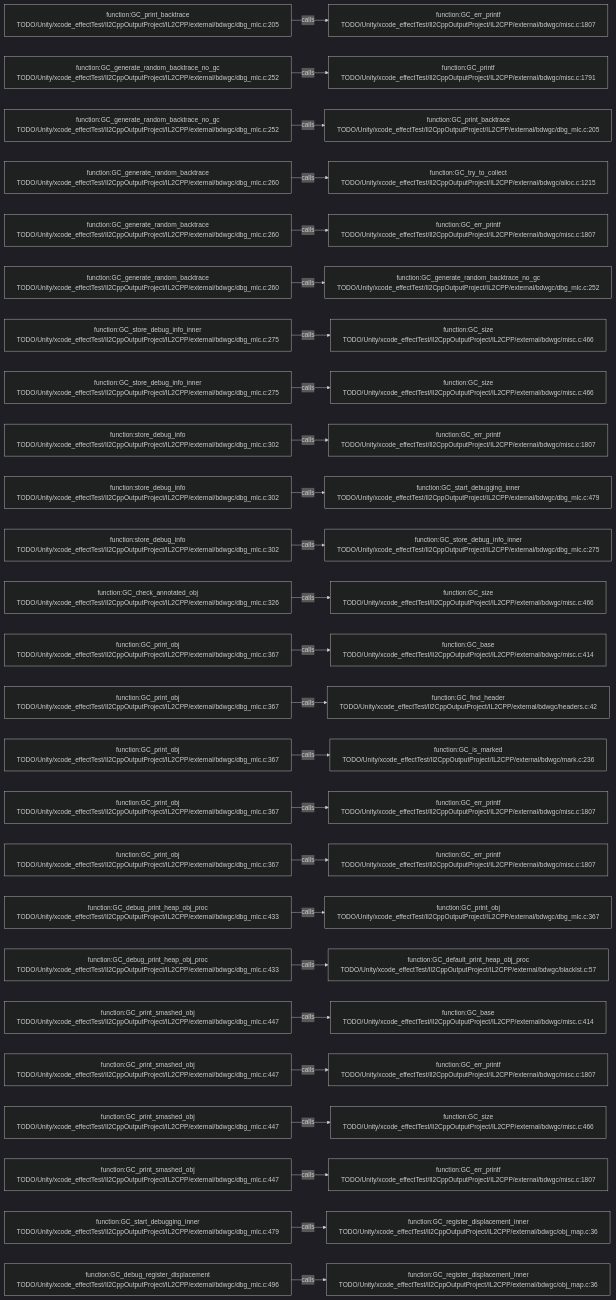
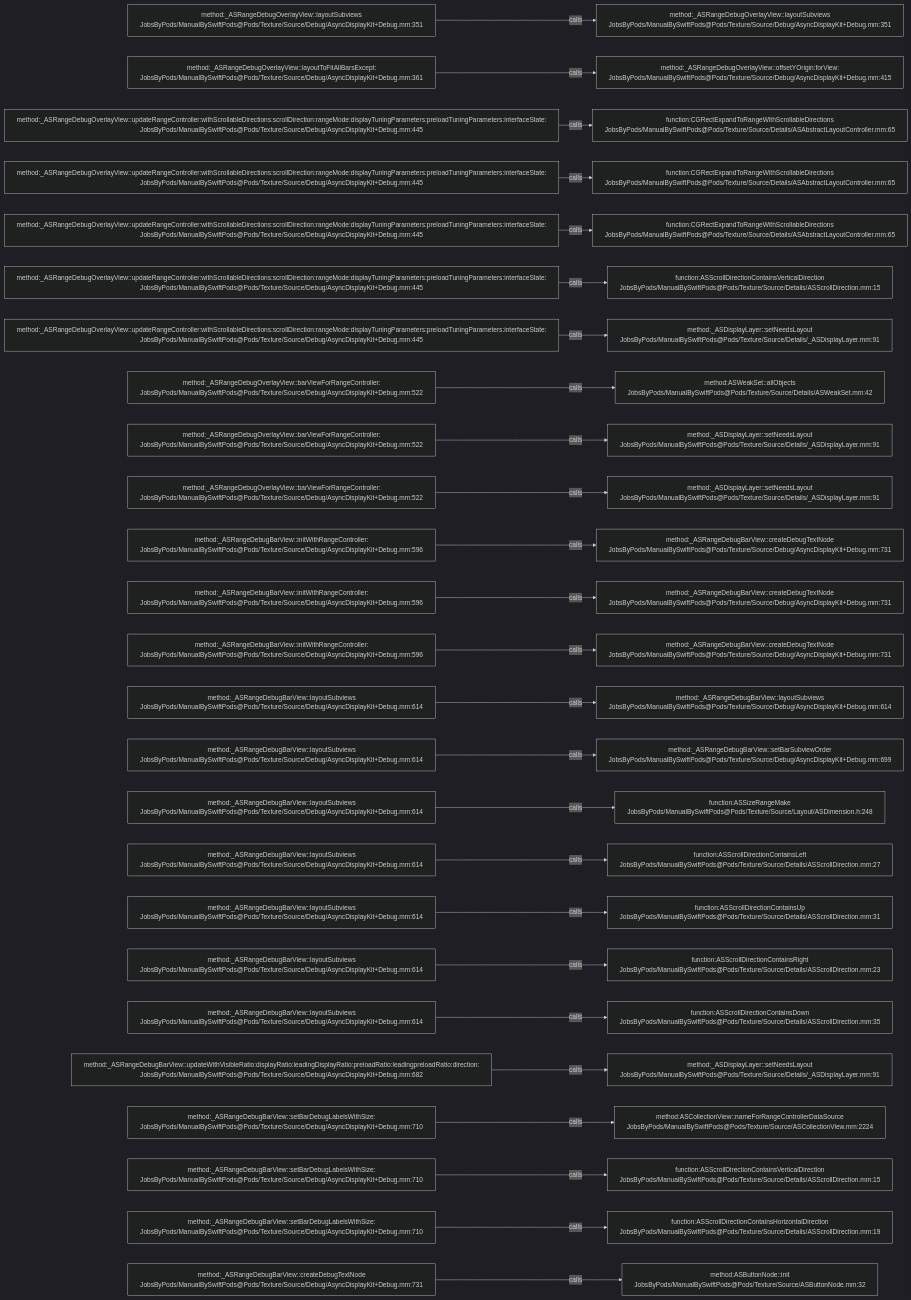
One commit to JobsKits/JobsSwiftBaseConfigDemo changed the diagram in .codegraph/codegraph.md/graphs/calls-099.md. Above: the diagram before and after it, drawn with Mermaid (dark theme). The commit also changed 2959 other files, not shown here.

````diff
--- a/.codegraph/codegraph.md/graphs/calls-099.md
+++ b/.codegraph/codegraph.md/graphs/calls-099.md
@@ -13,78 +13,78 @@
 ```mermaid
 flowchart LR
-  S1["function:GC_print_backtrace<br/>TODO/Unity/xcode_effectTest/Il2CppOutputProject/IL2CPP/external/bdwgc/dbg_mlc.c:205"]
-  T1["function:GC_err_printf<br/>TODO/Unity/xcode_effectTest/Il2CppOutputProject/IL2CPP/external/bdwgc/misc.c:1807"]
+  S1["method:_ASRangeDebugOverlayView::layoutSubviews<br/>JobsByPods/ManualBySwiftPods@Pods/Texture/Source/Debug/AsyncDisplayKit+Debug.mm:351"]
+  T1["method:_ASRangeDebugOverlayView::layoutSubviews<br/>JobsByPods/ManualBySwiftPods@Pods/Texture/Source/Debug/AsyncDisplayKit+Debug.mm:351"]
   S1 -->|calls| T1
-  S2["function:GC_generate_random_backtrace_no_gc<br/>TODO/Unity/xcode_effectTest/Il2CppOutputProject/IL2CPP/external/bdwgc/dbg_mlc.c:252"]
-  T2["function:GC_printf<br/>TODO/Unity/xcode_effectTest/Il2CppOutputProject/IL2CPP/external/bdwgc/misc.c:1791"]
+  S2["method:_ASRangeDebugOverlayView::layoutToFitAllBarsExcept:<br/>JobsByPods/ManualBySwiftPods@Pods/Texture/Source/Debug/AsyncDisplayKit+Debug.mm:361"]
+  T2["method:_ASRangeDebugOverlayView::offsetYOrigin:forView:<br/>JobsByPods/ManualBySwiftPods@Pods/Texture/Source/Debug/AsyncDisplayKit+Debug.mm:415"]
   S2 -->|calls| T2
-  S3["function:GC_generate_random_backtrace_no_gc<br/>TODO/Unity/xcode_effectTest/Il2CppOutputProject/IL2CPP/external/bdwgc/dbg_mlc.c:252"]
-  T3["function:GC_print_backtrace<br/>TODO/Unity/xcode_effectTest/Il2CppOutputProject/IL2CPP/external/bdwgc/dbg_mlc.c:205"]
+  S3["method:_ASRangeDebugOverlayView::updateRangeController:withScrollableDirections:scrollDirection:rangeMode:displayTuningParameters:preloadTuningParameters:interfaceState:<br/>JobsByPods/ManualBySwiftPods@Pods/Texture/Source/Debug/AsyncDisplayKit+Debug.mm:445"]
+  T3["function:CGRectExpandToRangeWithScrollableDirections<br/>JobsByPods/ManualBySwiftPods@Pods/Texture/Source/Details/ASAbstractLayoutController.mm:65"]
   S3 -->|calls| T3
-  S4["function:GC_generate_random_backtrace<br/>TODO/Unity/xcode_effectTest/Il2CppOutputProject/IL2CPP/external/bdwgc/dbg_mlc.c:260"]
-  T4["function:GC_try_to_collect<br/>TODO/Unity/xcode_effectTest/Il2CppOutputProject/IL2CPP/external/bdwgc/alloc.c:1215"]
+  S4["method:_ASRangeDebugOverlayView::updateRangeController:withScrollableDirections:scrollDirection:rangeMode:displayTuningParameters:preloadTuningParameters:interfaceState:<br/>JobsByPods/ManualBySwiftPods@Pods/Texture/Source/Debug/AsyncDisplayKit+Debug.mm:445"]
+  T4["function:CGRectExpandToRangeWithScrollableDirections<br/>JobsByPods/ManualBySwiftPods@Pods/Texture/Source/Details/ASAbstractLayoutController.mm:65"]
   S4 -->|calls| T4
-  S5["function:GC_generate_random_backtrace<br/>TODO/Unity/xcode_effectTest/Il2CppOutputProject/IL2CPP/external/bdwgc/dbg_mlc.c:260"]
-  T5["function:GC_err_printf<br/>TODO/Unity/xcode_effectTest/Il2CppOutputProject/IL2CPP/external/bdwgc/misc.c:1807"]
+  S5["method:_ASRangeDebugOverlayView::updateRangeController:withScrollableDirections:scrollDirection:rangeMode:displayTuningParameters:preloadTuningParameters:interfaceState:<br/>JobsByPods/ManualBySwiftPods@Pods/Texture/Source/Debug/AsyncDisplayKit+Debug.mm:445"]
+  T5["function:CGRectExpandToRangeWithScrollableDirections<br/>JobsByPods/ManualBySwiftPods@Pods/Texture/Source/Details/ASAbstractLayoutController.mm:65"]
   S5 -->|calls| T5
-  S6["function:GC_generate_random_backtrace<br/>TODO/Unity/xcode_effectTest/Il2CppOutputProject/IL2CPP/external/bdwgc/dbg_mlc.c:260"]
-  T6["function:GC_generate_random_backtrace_no_gc<br/>TODO/Unity/xcode_effectTest/Il2CppOutputProject/IL2CPP/external/bdwgc/dbg_mlc.c:252"]
+  S6["method:_ASRangeDebugOverlayView::updateRangeController:withScrollableDirections:scrollDirection:rangeMode:displayTuningParameters:preloadTuningParameters:interfaceState:<br/>JobsByPods/ManualBySwiftPods@Pods/Texture/Source/Debug/AsyncDisplayKit+Debug.mm:445"]
+  T6["function:ASScrollDirectionContainsVerticalDirection<br/>JobsByPods/ManualBySwiftPods@Pods/Texture/Source/Details/ASScrollDirection.mm:15"]
   S6 -->|calls| T6
-  S7["function:GC_store_debug_info_inner<br/>TODO/Unity/xcode_effectTest/Il2CppOutputProject/IL2CPP/external/bdwgc/dbg_mlc.c:275"]
-  T7["function:GC_size<br/>TODO/Unity/xcode_effectTest/Il2CppOutputProject/IL2CPP/external/bdwgc/misc.c:466"]
+  S7["method:_ASRangeDebugOverlayView::updateRangeController:withScrollableDirections:scrollDirection:rangeMode:displayTuningParameters:preloadTuningParameters:interfaceState:<br/>JobsByPods/ManualBySwiftPods@Pods/Texture/Source/Debug/AsyncDisplayKit+Debug.mm:445"]
+  T7["method:_ASDisplayLayer::setNeedsLayout<br/>JobsByPods/ManualBySwiftPods@Pods/Texture/Source/Details/_ASDisplayLayer.mm:91"]
   S7 -->|calls| T7
-  S8["function:GC_store_debug_info_inner<br/>TODO/Unity/xcode_effectTest/Il2CppOutputProject/IL2CPP/external/bdwgc/dbg_mlc.c:275"]
-  T8["function:GC_size<br/>TODO/Unity/xcode_effectTest/Il2CppOutputProject/IL2CPP/external/bdwgc/misc.c:466"]
+  S8["method:_ASRangeDebugOverlayView::barViewForRangeController:<br/>JobsByPods/ManualBySwiftPods@Pods/Texture/Source/Debug/AsyncDisplayKit+Debug.mm:522"]
+  T8["method:ASWeakSet::allObjects<br/>JobsByPods/ManualBySwiftPods@Pods/Texture/Source/Details/ASWeakSet.mm:42"]
   S8 -->|calls| T8
-  S9["function:store_debug_info<br/>TODO/Unity/xcode_effectTest/Il2CppOutputProject/IL2CPP/external/bdwgc/dbg_mlc.c:302"]
-  T9["function:GC_err_printf<br/>TODO/Unity/xcode_effectTest/Il2CppOutputProject/IL2CPP/external/bdwgc/misc.c:1807"]
+  S9["method:_ASRangeDebugOverlayView::barViewForRangeController:<br/>JobsByPods/ManualBySwiftPods@Pods/Texture/Source/Debug/AsyncDisplayKit+Debug.mm:522"]
+  T9["method:_ASDisplayLayer::setNeedsLayout<br/>JobsByPods/ManualBySwiftPods@Pods/Texture/Source/Details/_ASDisplayLayer.mm:91"]
   S9 -->|calls| T9
-  S10["function:store_debug_info<br/>TODO/Unity/xcode_effectTest/Il2CppOutputProject/IL2CPP/external/bdwgc/dbg_mlc.c:302"]
-  T10["function:GC_start_debugging_inner<br/>TODO/Unity/xcode_effectTest/Il2CppOutputProject/IL2CPP/external/bdwgc/dbg_mlc.c:479"]
+  S10["method:_ASRangeDebugOverlayView::barViewForRangeController:<br/>JobsByPods/ManualBySwiftPods@Pods/Texture/Source/Debug/AsyncDisplayKit+Debug.mm:522"]
+  T10["method:_ASDisplayLayer::setNeedsLayout<br/>JobsByPods/ManualBySwiftPods@Pods/Texture/Source/Details/_ASDisplayLayer.mm:91"]
   S10 -->|calls| T10
-  S11["function:store_debug_info<br/>TODO/Unity/xcode_effectTest/Il2CppOutputProject/IL2CPP/external/bdwgc/dbg_mlc.c:302"]
-  T11["function:GC_store_debug_info_inner<br/>TODO/Unity/xcode_effectTest/Il2CppOutputProject/IL2CPP/external/bdwgc/dbg_mlc.c:275"]
+  S11["method:_ASRangeDebugBarView::initWithRangeController:<br/>JobsByPods/ManualBySwiftPods@Pods/Texture/Source/Debug/AsyncDisplayKit+Debug.mm:596"]
+  T11["method:_ASRangeDebugBarView::createDebugTextNode<br/>JobsByPods/ManualBySwiftPods@Pods/Texture/Source/Debug/AsyncDisplayKit+Debug.mm:731"]
   S11 -->|calls| T11
-  S12["function:GC_check_annotated_obj<br/>TODO/Unity/xcode_effectTest/Il2CppOutputProject/IL2CPP/external/bdwgc/dbg_mlc.c:326"]
-  T12["function:GC_size<br/>TODO/Unity/xcode_effectTest/Il2CppOutputProject/IL2CPP/external/bdwgc/misc.c:466"]
+  S12["method:_ASRangeDebugBarView::initWithRangeController:<br/>JobsByPods/ManualBySwiftPods@Pods/Texture/Source/Debug/AsyncDisplayKit+Debug.mm:596"]
+  T12["method:_ASRangeDebugBarView::createDebugTextNode<br/>JobsByPods/ManualBySwiftPods@Pods/Texture/Source/Debug/AsyncDisplayKit+Debug.mm:731"]
   S12 -->|calls| T12
-  S13["function:GC_print_obj<br/>TODO/Unity/xcode_effectTest/Il2CppOutputProject/IL2CPP/external/bdwgc/dbg_mlc.c:367"]
-  T13["function:GC_base<br/>TODO/Unity/xcode_effectTest/Il2CppOutputProject/IL2CPP/external/bdwgc/misc.c:414"]
+  S13["method:_ASRangeDebugBarView::initWithRangeController:<br/>JobsByPods/ManualBySwiftPods@Pods/Texture/Source/Debug/AsyncDisplayKit+Debug.mm:596"]
+  T13["method:_ASRangeDebugBarView::createDebugTextNode<br/>JobsByPods/ManualBySwiftPods@Pods/Texture/Source/Debug/AsyncDisplayKit+Debug.mm:731"]
   S13 -->|calls| T13
-  S14["function:GC_print_obj<br/>TODO/Unity/xcode_effectTest/Il2CppOutputProject/IL2CPP/external/bdwgc/dbg_mlc.c:367"]
-  T14["function:GC_find_header<br/>TODO/Unity/xcode_effectTest/Il2CppOutputProject/IL2CPP/external/bdwgc/headers.c:42"]
+  S14["method:_ASRangeDebugBarView::layoutSubviews<br/>JobsByPods/ManualBySwiftPods@Pods/Texture/Source/Debug/AsyncDisplayKit+Debug.mm:614"]
+  T14["method:_ASRangeDebugBarView::layoutSubviews<br/>JobsByPods/ManualBySwiftPods@Pods/Texture/Source/Debug/AsyncDisplayKit+Debug.mm:614"]
   S14 -->|calls| T14
-  S15["function:GC_print_obj<br/>TODO/Unity/xcode_effectTest/Il2CppOutputProject/IL2CPP/external/bdwgc/dbg_mlc.c:367"]
-  T15["function:GC_is_marked<br/>TODO/Unity/xcode_effectTest/Il2CppOutputProject/IL2CPP/external/bdwgc/mark.c:236"]
+  S15["method:_ASRangeDebugBarView::layoutSubviews<br/>JobsByPods/ManualBySwiftPods@Pods/Texture/Source/Debug/AsyncDisplayKit+Debug.mm:614"]
+  T15["method:_ASRangeDebugBarView::setBarSubviewOrder<br/>JobsByPods/ManualBySwiftPods@Pods/Texture/Source/Debug/AsyncDisplayKit+Debug.mm:699"]
   S15 -->|calls| T15
-  S16["function:GC_print_obj<br/>TODO/Unity/xcode_effectTest/Il2CppOutputProject/IL2CPP/external/bdwgc/dbg_mlc.c:367"]
-  T16["function:GC_err_printf<br/>TODO/Unity/xcode_effectTest/Il2CppOutputProject/IL2CPP/external/bdwgc/misc.c:1807"]
+  S16["method:_ASRangeDebugBarView::layoutSubviews<br/>JobsByPods/ManualBySwiftPods@Pods/Texture/Source/Debug/AsyncDisplayKit+Debug.mm:614"]
+  T16["function:ASSizeRangeMake<br/>JobsByPods/ManualBySwiftPods@Pods/Texture/Source/Layout/ASDimension.h:248"]
   S16 -->|calls| T16
-  S17["function:GC_print_obj<br/>TODO/Unity/xcode_effectTest/Il2CppOutputProject/IL2CPP/external/bdwgc/dbg_mlc.c:367"]
-  T17["function:GC_err_printf<br/>TODO/Unity/xcode_effectTest/Il2CppOutputProject/IL2CPP/external/bdwgc/misc.c:1807"]
+  S17["method:_ASRangeDebugBarView::layoutSubviews<br/>JobsByPods/ManualBySwiftPods@Pods/Texture/Source/Debug/AsyncDisplayKit+Debug.mm:614"]
+  T17["function:ASScrollDirectionContainsLeft<br/>JobsByPods/ManualBySwiftPods@Pods/Texture/Source/Details/ASScrollDirection.mm:27"]
   S17 -->|calls| T17
-  S18["function:GC_debug_print_heap_obj_proc<br/>TODO/Unity/xcode_effectTest/Il2CppOutputProject/IL2CPP/external/bdwgc/dbg_mlc.c:433"]
-  T18["function:GC_print_obj<br/>TODO/Unity/xcode_effectTest/Il2CppOutputProject/IL2CPP/external/bdwgc/dbg_mlc.c:367"]
+  S18["method:_ASRangeDebugBarView::layoutSubviews<br/>JobsByPods/ManualBySwiftPods@Pods/Texture/Source/Debug/AsyncDisplayKit+Debug.mm:614"]
+  T18["function:ASScrollDirectionContainsUp<br/>JobsByPods/ManualBySwiftPods@Pods/Texture/Source/Details/ASScrollDirection.mm:31"]
   S18 -->|calls| T18
-  S19["function:GC_debug_print_heap_obj_proc<br/>TODO/Unity/xcode_effectTest/Il2CppOutputProject/IL2CPP/external/bdwgc/dbg_mlc.c:433"]
-  T19["function:GC_default_print_heap_obj_proc<br/>TODO/Unity/xcode_effectTest/Il2CppOutputProject/IL2CPP/external/bdwgc/blacklst.c:57"]
+  S19["method:_ASRangeDebugBarView::layoutSubviews<br/>JobsByPods/ManualBySwiftPods@Pods/Texture/Source/Debug/AsyncDisplayKit+Debug.mm:614"]
+  T19["function:ASScrollDirectionContainsRight<br/>JobsByPods/ManualBySwiftPods@Pods/Texture/Source/Details/ASScrollDirection.mm:23"]
   S19 -->|calls| T19
-  S20["function:GC_print_smashed_obj<br/>TODO/Unity/xcode_effectTest/Il2CppOutputProject/IL2CPP/external/bdwgc/dbg_mlc.c:447"]
-  T20["function:GC_base<br/>TODO/Unity/xcode_effectTest/Il2CppOutputProject/IL2CPP/external/bdwgc/misc.c:414"]
+  S20["method:_ASRangeDebugBarView::layoutSubviews<br/>JobsByPods/ManualBySwiftPods@Pods/Texture/Source/Debug/AsyncDisplayKit+Debug.mm:614"]
+  T20["function:ASScrollDirectionContainsDown<br/>JobsByPods/ManualBySwiftPods@Pods/Texture/Source/Details/ASScrollDirection.mm:35"]
   S20 -->|calls| T20
-  S21["function:GC_print_smashed_obj<br/>TODO/Unity/xcode_effectTest/Il2CppOutputProject/IL2CPP/external/bdwgc/dbg_mlc.c:447"]
-  T21["function:GC_err_printf<br/>TODO/Unity/xcode_effectTest/Il2CppOutputProject/IL2CPP/external/bdwgc/misc.c:1807"]
+  S21["method:_ASRangeDebugBarView::updateWithVisibleRatio:displayRatio:leadingDisplayRatio:preloadRatio:leadingpreloadRatio:direction:<br/>JobsByPods/ManualBySwiftPods@Pods/Texture/Source/Debug/AsyncDisplayKit+Debug.mm:682"]
+  T21["method:_ASDisplayLayer::setNeedsLayout<br/>JobsByPods/ManualBySwiftPods@Pods/Texture/Source/Details/_ASDisplayLayer.mm:91"]
   S21 -->|calls| T21
-  S22["function:GC_print_smashed_obj<br/>TODO/Unity/xcode_effectTest/Il2CppOutputProject/IL2CPP/external/bdwgc/dbg_mlc.c:447"]
-  T22["function:GC_size<br/>TODO/Unity/xcode_effectTest/Il2CppOutputProject/IL2CPP/external/bdwgc/misc.c:466"]
+  S22["method:_ASRangeDebugBarView::setBarDebugLabelsWithSize:<br/>JobsByPods/ManualBySwiftPods@Pods/Texture/Source/Debug/AsyncDisplayKit+Debug.mm:710"]
+  T22["method:ASCollectionView::nameForRangeControllerDataSource<br/>JobsByPods/ManualBySwiftPods@Pods/Texture/Source/ASCollectionView.mm:2224"]
   S22 -->|calls| T22
-  S23["function:GC_print_smashed_obj<br/>TODO/Unity/xcode_effectTest/Il2CppOutputProject/IL2CPP/external/bdwgc/dbg_mlc.c:447"]
-  T23["function:GC_err_printf<br/>TODO/Unity/xcode_effectTest/Il2CppOutputProject/IL2CPP/external/bdwgc/misc.c:1807"]
+  S23["method:_ASRangeDebugBarView::setBarDebugLabelsWithSize:<br/>JobsByPods/ManualBySwiftPods@Pods/Texture/Source/Debug/AsyncDisplayKit+Debug.mm:710"]
+  T23["function:ASScrollDirectionContainsVerticalDirection<br/>JobsByPods/ManualBySwiftPods@Pods/Texture/Source/Details/ASScrollDirection.mm:15"]
   S23 -->|calls| T23
-  S24["function:GC_start_debugging_inner<br/>TODO/Unity/xcode_effectTest/Il2CppOutputProject/IL2CPP/external/bdwgc/dbg_mlc.c:479"]
-  T24["function:GC_register_displacement_inner<br/>TODO/Unity/xcode_effectTest/Il2CppOutputProject/IL2CPP/external/bdwgc/obj_map.c:36"]
+  S24["method:_ASRangeDebugBarView::setBarDebugLabelsWithSize:<br/>JobsByPods/ManualBySwiftPods@Pods/Texture/Source/Debug/AsyncDisplayKit+Debug.mm:710"]
+  T24["function:ASScrollDirectionContainsHorizontalDirection<br/>JobsByPods/ManualBySwiftPods@Pods/Texture/Source/Details/ASScrollDirection.mm:19"]
   S24 -->|calls| T24
-  S25["function:GC_debug_register_displacement<br/>TODO/Unity/xcode_effectTest/Il2CppOutputProject/IL2CPP/external/bdwgc/dbg_mlc.c:496"]
-  T25["function:GC_register_displacement_inner<br/>TODO/Unity/xcode_effectTest/Il2CppOutputProject/IL2CPP/external/bdwgc/obj_map.c:36"]
+  S25["method:_ASRangeDebugBarView::createDebugTextNode<br/>JobsByPods/ManualBySwiftPods@Pods/Texture/Source/Debug/AsyncDisplayKit+Debug.mm:731"]
+  T25["method:ASButtonNode::init<br/>JobsByPods/ManualBySwiftPods@Pods/Texture/Source/ASButtonNode.mm:32"]
   S25 -->|calls| T25
 ```
````
